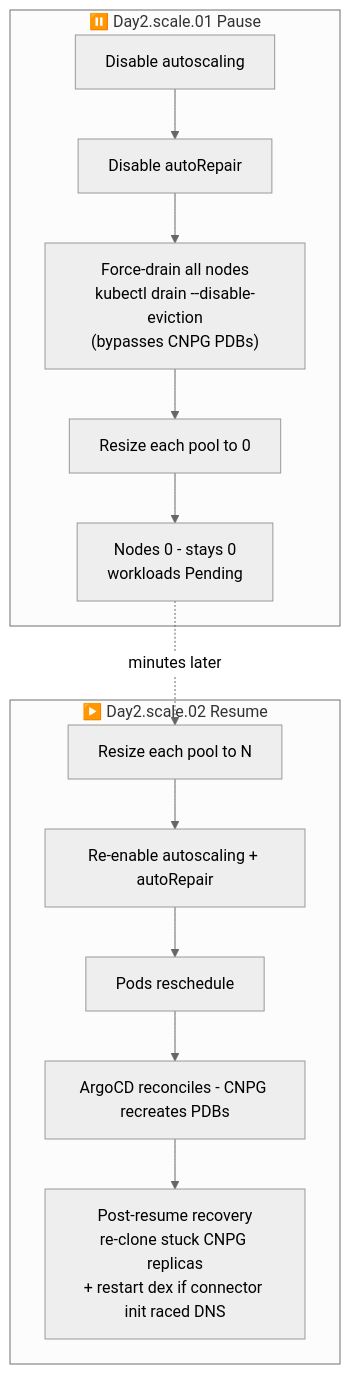
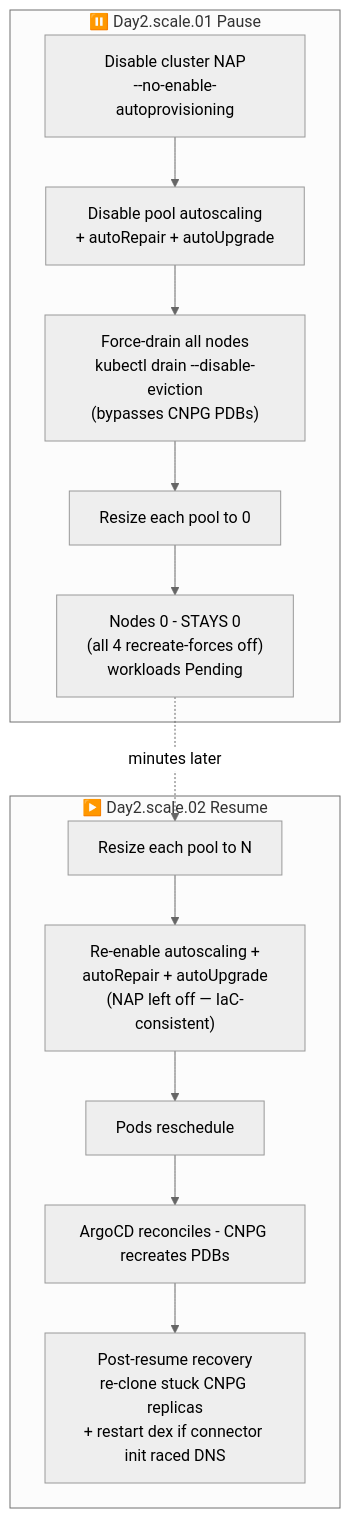
Before and after one commit to nubenetes/jenkins-2026: the first of 8 diagrams in docs/501-PLATFORM_OPERATIONS.md, drawn with Mermaid (neutral theme). The commit also changed other lines of this file and 3 other files, not shown here.

First line of the commit message:
fix(scale): pause must also disable cluster NAP + node-pool autoUpgrade

````diff
--- a/docs/501-PLATFORM_OPERATIONS.md
+++ b/docs/501-PLATFORM_OPERATIONS.md
@@ -30,16 +33,16 @@
 ```mermaid
 flowchart TD
   subgraph Pause["⏸️ Day2.scale.01 Pause"]
-    P1[Disable autoscaling] --> P2[Disable autoRepair]
-    P2 --> P3["Force-drain all nodes<br/>kubectl drain --disable-eviction<br/>(bypasses CNPG PDBs)"]
+    P0["Disable cluster NAP<br/>--no-enable-autoprovisioning"] --> P1["Disable pool autoscaling<br/>+ autoRepair + autoUpgrade"]
+    P1 --> P3["Force-drain all nodes<br/>kubectl drain --disable-eviction<br/>(bypasses CNPG PDBs)"]
     P3 --> P4[Resize each pool to 0]
-    P4 --> P5["Nodes 0 - stays 0<br/>workloads Pending"]
+    P4 --> P5["Nodes 0 - STAYS 0<br/>(all 4 recreate-forces off)<br/>workloads Pending"]
   end
   subgraph Resume["▶️ Day2.scale.02 Resume"]
-    R1[Resize each pool to N] --> R2[Re-enable autoscaling + autoRepair]
+    R1[Resize each pool to N] --> R2["Re-enable autoscaling +<br/>autoRepair + autoUpgrade<br/>(NAP left off — IaC-consistent)"]
     R2 --> R3[Pods reschedule]
     R3 --> R4[ArgoCD reconciles - CNPG recreates PDBs]
     R4 --> R5["Post-resume recovery<br/>re-clone stuck CNPG replicas<br/>+ restart dex if connector init raced DNS"]
   end
   P5 -. "minutes later" .-> R1
 ```
````
